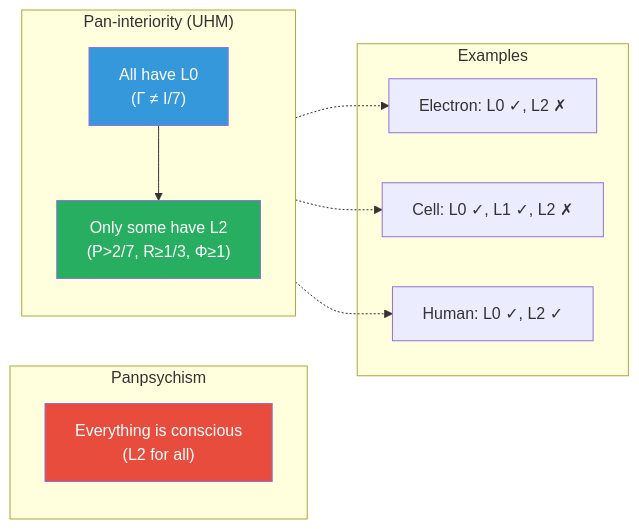
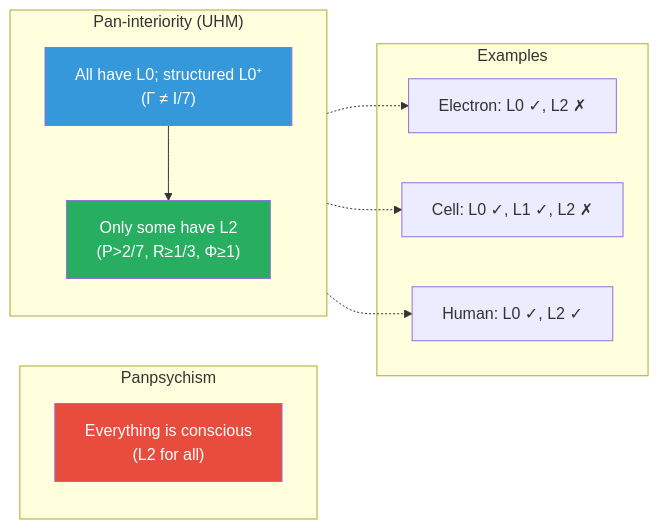
Before and after one commit to gst-st/uhm: the first of 2 diagrams in website/docs/consciousness/comparative/panpsychism-analysis.md, drawn with Mermaid. The commit also changed other lines of this file and 55 other files, not shown here.

````diff
--- a/website/docs/consciousness/comparative/panpsychism-analysis.md
+++ b/website/docs/consciousness/comparative/panpsychism-analysis.md
@@ -225,28 +227,28 @@
 ```mermaid
 graph LR
     subgraph "Panpsychism"
         direction TB
         ALL_CONS["Everything is conscious<br/>(L2 for all)"]
     end
 
     subgraph "Pan-interiority (UHM)"
         direction TB
-        ALL_L0["All have L0<br/>(Γ ≠ I/7)"]
+        ALL_L0["All have L0; structured L0⁺<br/>(Γ ≠ I/7)"]
         SOME_L2["Only some have L2<br/>(P>2/7, R≥1/3, Φ≥1)"]
         ALL_L0 --> SOME_L2
     end
 
     subgraph "Examples"
         ELEC["Electron: L0 ✓, L2 ✗"]
         CELL["Cell: L0 ✓, L1 ✓, L2 ✗"]
         HUMAN["Human: L0 ✓, L2 ✓"]
     end
 
     ALL_L0 -.-> ELEC
     ALL_L0 -.-> CELL
     SOME_L2 -.-> HUMAN
 
     style ALL_CONS fill:#e74c3c,color:#fff
     style ALL_L0 fill:#3498db,color:#fff
     style SOME_L2 fill:#27ae60,color:#fff
 ```
````
